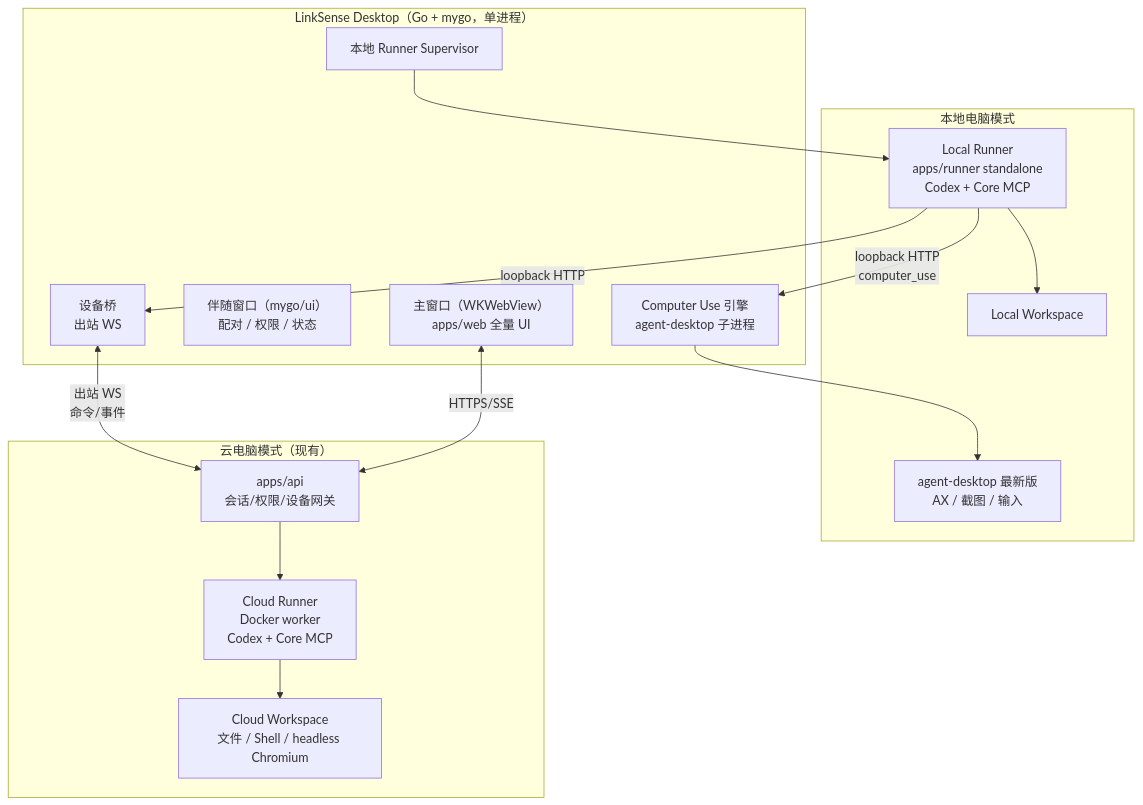
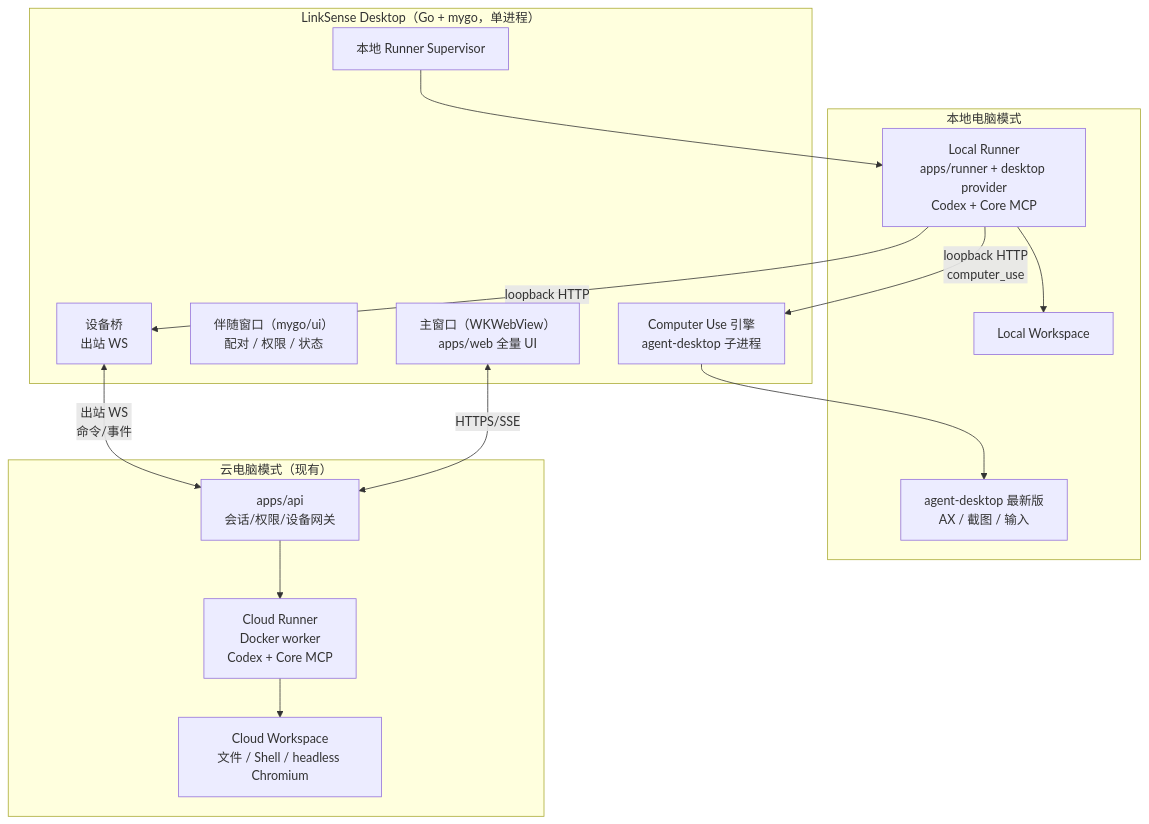
Before and after one commit to LingX-AI/LinkSense: the diagram in docs/research/linksense-desktop-dual-mode-plan-2026-11-16.md, drawn with Mermaid. The commit also changed other lines of this file and 2 other files, not shown here.

First line of the commit message:
docs: revise the desktop dual-mode plan for runtime and credential boundaries

````diff
--- a/docs/research/linksense-desktop-dual-mode-plan-2026-11-16.md
+++ b/docs/research/linksense-desktop-dual-mode-plan-2026-11-16.md
@@ -92,30 +94,30 @@
 ```mermaid
 flowchart TB
     subgraph Desktop["LinkSense Desktop（Go + mygo，单进程）"]
         Web["主窗口（WKWebView）\napps/web 全量 UI"]
         Native["伴随窗口（mygo/ui）\n配对 / 权限 / 状态"]
         Bridge["设备桥\n出站 WS"]
         Sup["本地 Runner Supervisor"]
         Engine["Computer Use 引擎\nagent-desktop 子进程"]
     end
 
     subgraph Local["本地电脑模式"]
-        LR["Local Runner\napps/runner standalone\nCodex + Core MCP"]
+        LR["Local Runner\napps/runner + desktop provider\nCodex + Core MCP"]
         WS["Local Workspace"]
         AD["agent-desktop 最新版\nAX / 截图 / 输入"]
     end
 
     subgraph Cloud["云电脑模式（现有）"]
         API["apps/api\n会话/权限/设备网关"]
         CR["Cloud Runner\nDocker worker\nCodex + Core MCP"]
         CW["Cloud Workspace\n文件 / Shell / headless Chromium"]
     end
 
     Sup --> LR
     LR --> WS
     LR -->|"loopback HTTP\ncomputer_use"| Engine --> AD
     LR -->|"loopback HTTP"| Bridge
     Bridge <-->|"出站 WS\n命令/事件"| API
     Web <-->|"HTTPS/SSE"| API
     API --> CR --> CW
 ```
````
